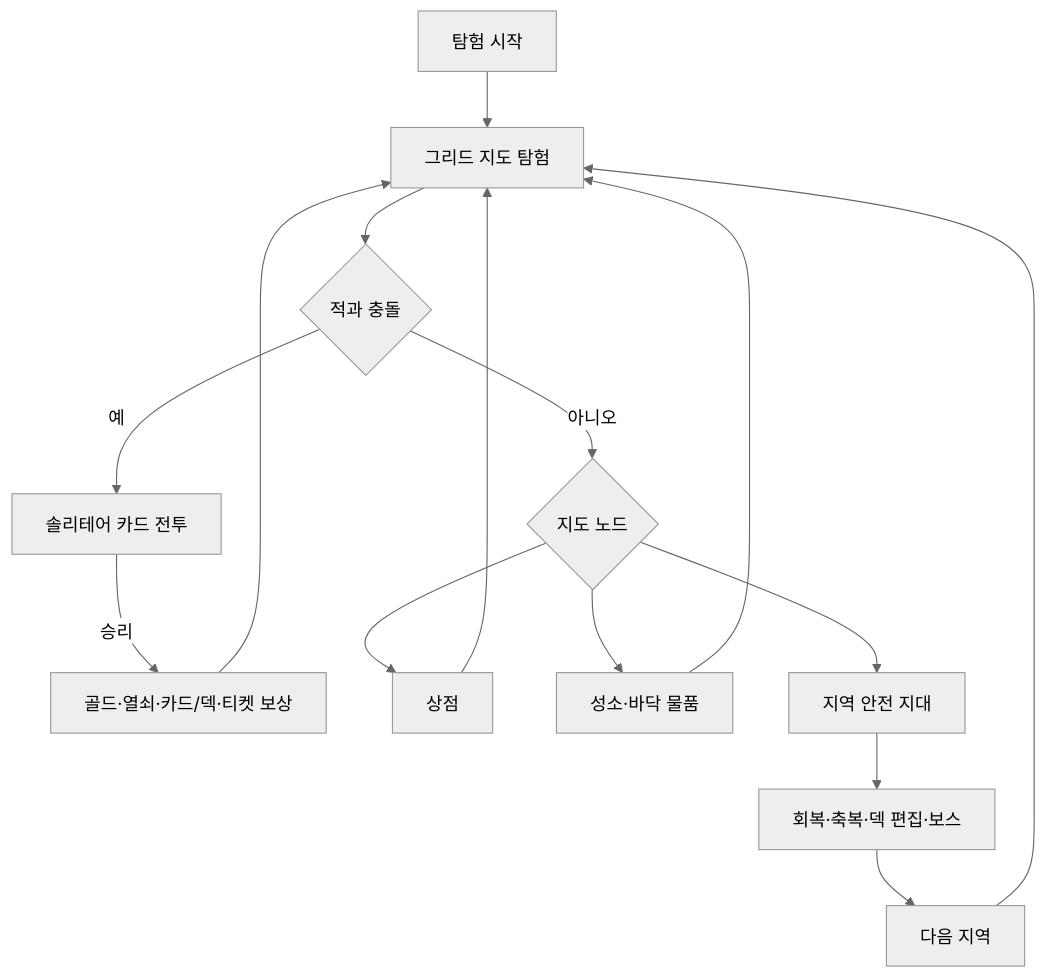
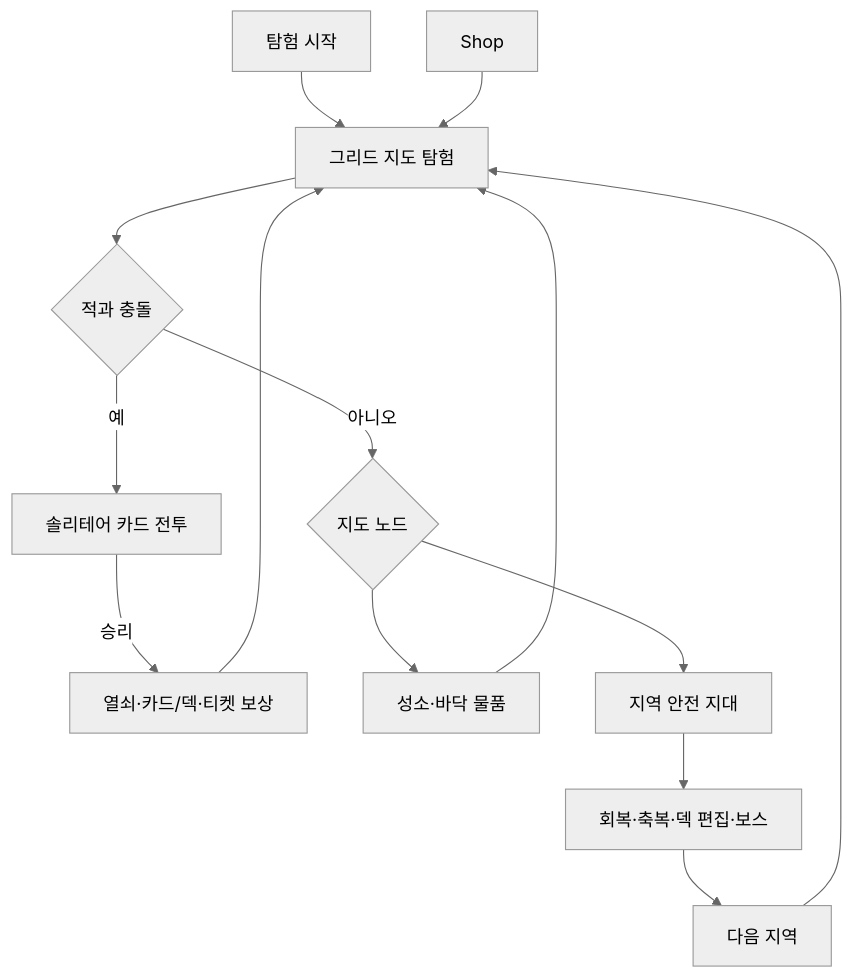
The diagram in docs/GAME_DESIGN.md (dhwangdo/ruinfall), drawn with Mermaid (neutral theme) before and after one commit. The commit also changed other lines of this file and 82 other files, not shown here.

````diff
--- a/docs/GAME_DESIGN.md
+++ b/docs/GAME_DESIGN.md
@@ -9,17 +9,16 @@
 ```mermaid
 flowchart TD
   Start["탐험 시작"] --> Map["그리드 지도 탐험"]
   Map --> Enemy{"적과 충돌"}
   Enemy -->|예| Battle["솔리테어 카드 전투"]
-  Battle -->|승리| Reward["골드·열쇠·카드/덱·티켓 보상"]
+  Battle -->|승리| Reward["열쇠·카드/덱·티켓 보상"]
   Reward --> Map
   Enemy -->|아니오| Node{"지도 노드"}
-  Node --> Shop["상점"]
   Node --> Shrine["성소·바닥 물품"]
   Node --> Portal["지역 안전 지대"]
   Shop --> Map
   Shrine --> Map
   Portal --> Safe["회복·축복·덱 편집·보스"]
   Safe --> Next["다음 지역"]
   Next --> Map
 ```
````
